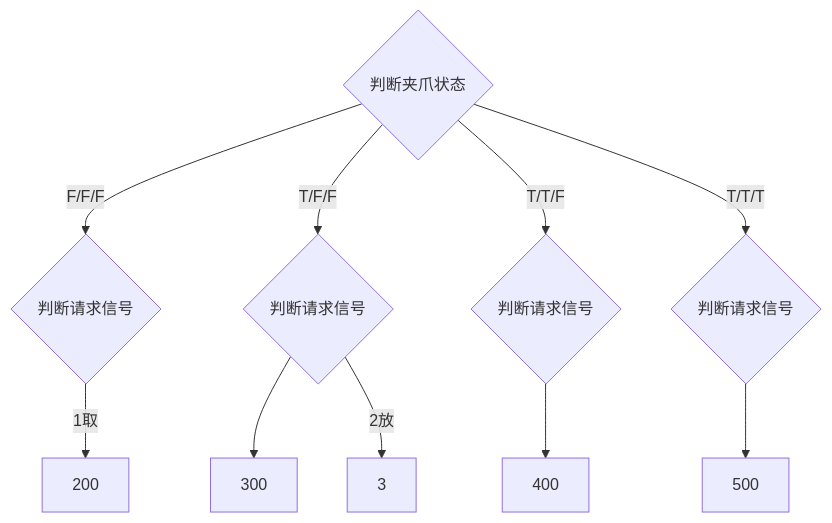
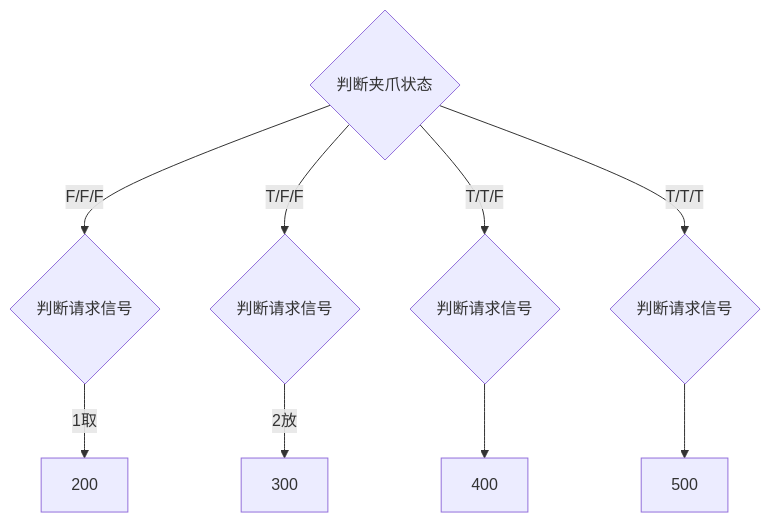
The diagram in all/未命名.md (zmq000/iodraw-files), drawn with Mermaid before and after one commit.

Commit message:
2026-06-18 11:52:50 update

````diff
--- a/all/未命名.md
+++ b/all/未命名.md
@@ -1,13 +1,12 @@
 ```mermaid
 graph TD
 10{判断夹爪状态}-->|F/F/F|20
 10-->|T/F/F|30
 10-->|T/T/F|40
 10-->|T/T/T|50
 
 20{判断请求信号}-->|1取|200
-30{判断请求信号}-->300
-30-->|2放|3
+30{判断请求信号}-->|2放|300
 40{判断请求信号}-->400
 50{判断请求信号}-->500
 ```
````
